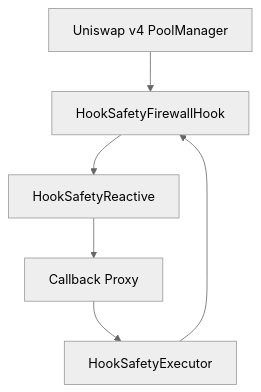
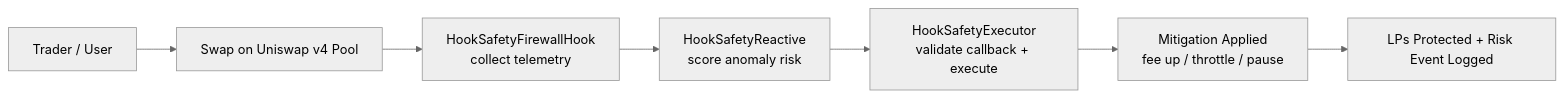
The first of 3 diagrams in README.md (blue-benz/Hook-Safety-as-a-Service), drawn with Mermaid (neutral theme) before and after one commit. The commit also changed other lines of this file and 26 other files, not shown here.

````diff
--- a/README.md
+++ b/README.md
@@ -54,14 +62,9 @@
 ```mermaid
-flowchart TB
-    H[HookSafetyFirewallHook]
-    R[HookSafetyReactive]
-    E[HookSafetyExecutor]
-    PM[Uniswap v4 PoolManager]
-    CP[Callback Proxy]
-
-    PM --> H
-    H --> R
-    R --> CP
-    CP --> E
-    E --> H
+flowchart LR
+    U[Trader / User] --> S[Swap on Uniswap v4 Pool]
+    S --> H[HookSafetyFirewallHook\ncollect telemetry]
+    H --> R[HookSafetyReactive\nscore anomaly risk]
+    R --> E[HookSafetyExecutor\nvalidate callback + execute]
+    E --> M[Mitigation Applied\nfee up / throttle / pause]
+    M --> O[LPs Protected + Risk Event Logged]
 ```
````
